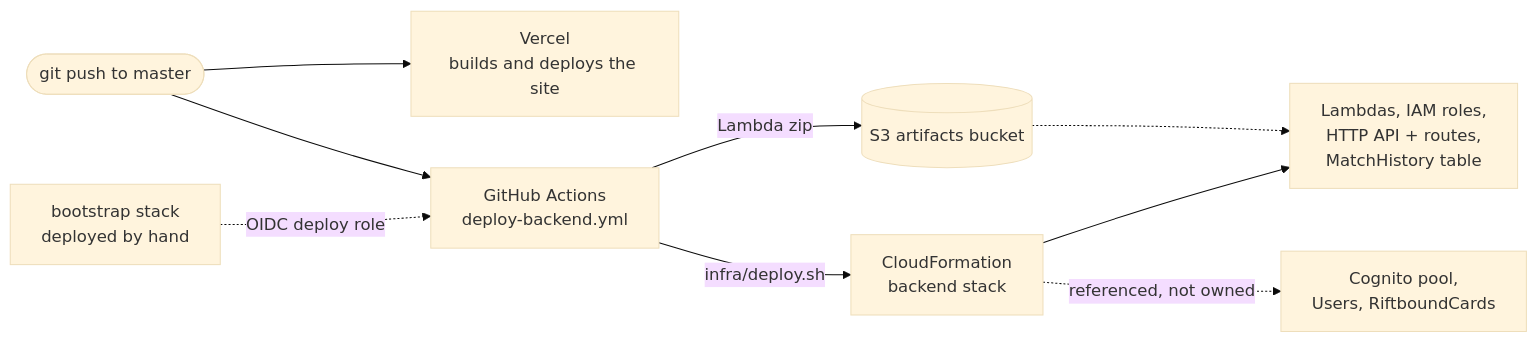
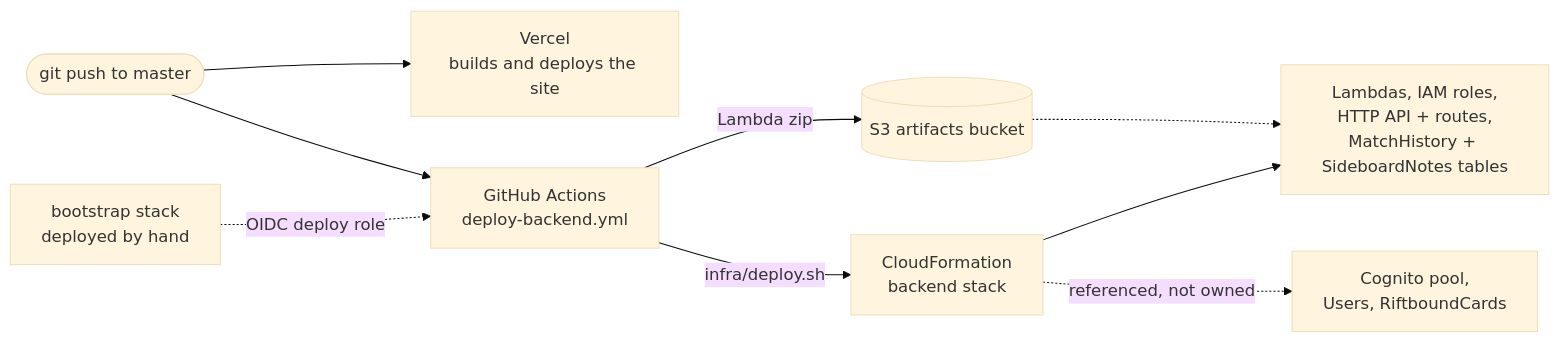
One commit to tuananhc/Riftbound-Gallery changed the second of 2 diagrams in README.md. Above: the diagram before and after it, drawn with Mermaid (base theme). The commit also changed other lines of this file and 12 other files, not shown here.

Commit message:
move sideboard notes to its own table in dynamodb

````diff
--- a/README.md
+++ b/README.md
@@ -195,12 +202,12 @@
 ```mermaid
 flowchart LR
   push(["git push to master"])
   push --> vbuild["Vercel<br/>builds and deploys the site"]
   push --> gha["GitHub Actions<br/>deploy-backend.yml"]
   boot["bootstrap stack<br/>deployed by hand"] -.->|"OIDC deploy role"| gha
   gha -->|"Lambda zip"| art[("S3 artifacts bucket")]
   gha -->|"infra/deploy.sh"| cfn["CloudFormation<br/>backend stack"]
-  cfn --> owned["Lambdas, IAM roles,<br/>HTTP API + routes,<br/>MatchHistory table"]
+  cfn --> owned["Lambdas, IAM roles,<br/>HTTP API + routes,<br/>MatchHistory + SideboardNotes tables"]
   art -.-> owned
   cfn -.->|"referenced, not owned"| ref["Cognito pool,<br/>Users, RiftboundCards"]
 ```
````
